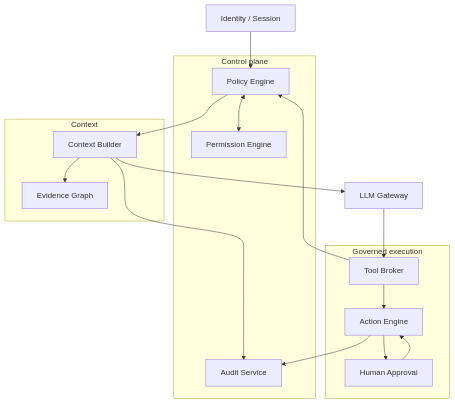
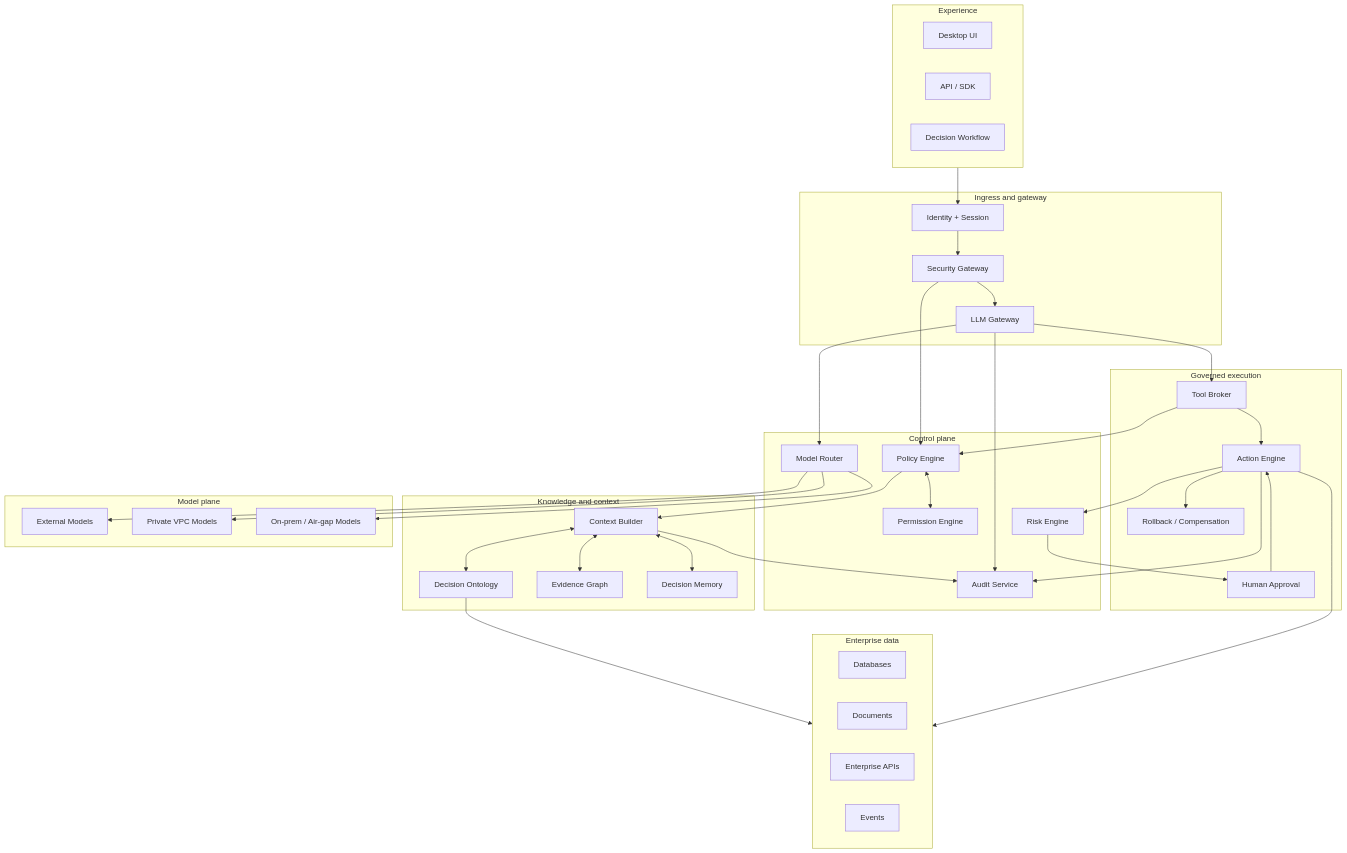
Before and after one commit to Solomon-Platform/.github: diagram 22 of 27 in profile/README.md, drawn with Mermaid. The commit also changed other lines of this file, not shown here.

First line of the commit message:
docs: translate full Palantir security architecture analysis into the profile README (#2)

````diff
--- a/profile/README.md
+++ b/profile/README.md
@@ -209,25 +643,66 @@
 ```mermaid
 flowchart TB
-    subgraph Control["Control plane"]
+    subgraph UX["Experience"]
+        DESKTOP["Desktop UI"]
+        API["API / SDK"]
+        WORKFLOW["Decision Workflow"]
+    end
+    subgraph EDGE["Ingress and gateway"]
+        AUTH["Identity + Session"]
+        LLMGW["LLM Gateway"]
+        SECGW["Security Gateway"]
+    end
+    subgraph CONTROL["Control plane"]
         POLICY["Policy Engine"]
         PERM["Permission Engine"]
+        RISK["Risk Engine"]
+        ROUTER["Model Router"]
         AUDIT["Audit Service"]
     end
-    subgraph Knowledge["Context"]
+    subgraph KNOWLEDGE["Knowledge and context"]
         CONTEXT["Context Builder"]
+        ONTOLOGY["Decision Ontology"]
         EVIDENCE["Evidence Graph"]
+        MEMORY["Decision Memory"]
     end
-    subgraph Execution["Governed execution"]
+    subgraph EXECUTION["Governed execution"]
         BROKER["Tool Broker"]
         ACTION["Action Engine"]
         APPROVAL["Human Approval"]
+        ROLLBACK["Rollback / Compensation"]
     end
-
-    AUTH["Identity / Session"] --> POLICY
+    subgraph MODELS["Model plane"]
+        EXTERNAL["External Models"]
+        PRIVATE["Private VPC Models"]
+        LOCAL["On-prem / Air-gap Models"]
+    end
+    subgraph DATA["Enterprise data"]
+        DB["Databases"]
+        DOCS["Documents"]
+        APIS["Enterprise APIs"]
+        EVENTS["Events"]
+    end
+    UX --> AUTH --> SECGW --> LLMGW
+    SECGW --> POLICY
     POLICY <--> PERM
-    POLICY --> CONTEXT --> EVIDENCE
-    CONTEXT --> LLMGW["LLM Gateway"] --> BROKER --> POLICY
-    BROKER --> ACTION --> APPROVAL --> ACTION
+    POLICY --> CONTEXT
+    CONTEXT <--> ONTOLOGY
+    CONTEXT <--> EVIDENCE
+    CONTEXT <--> MEMORY
+    ONTOLOGY --> DATA
+    LLMGW --> ROUTER
+    ROUTER --> EXTERNAL
+    ROUTER --> PRIVATE
+    ROUTER --> LOCAL
+    LLMGW --> BROKER
+    BROKER --> POLICY
+    BROKER --> ACTION
+    ACTION --> RISK
+    RISK --> APPROVAL
+    APPROVAL --> ACTION
+    ACTION --> DATA
+    ACTION --> ROLLBACK
+    LLMGW --> AUDIT
+    CONTEXT --> AUDIT
     ACTION --> AUDIT
-    CONTEXT --> AUDIT
 ```
````
